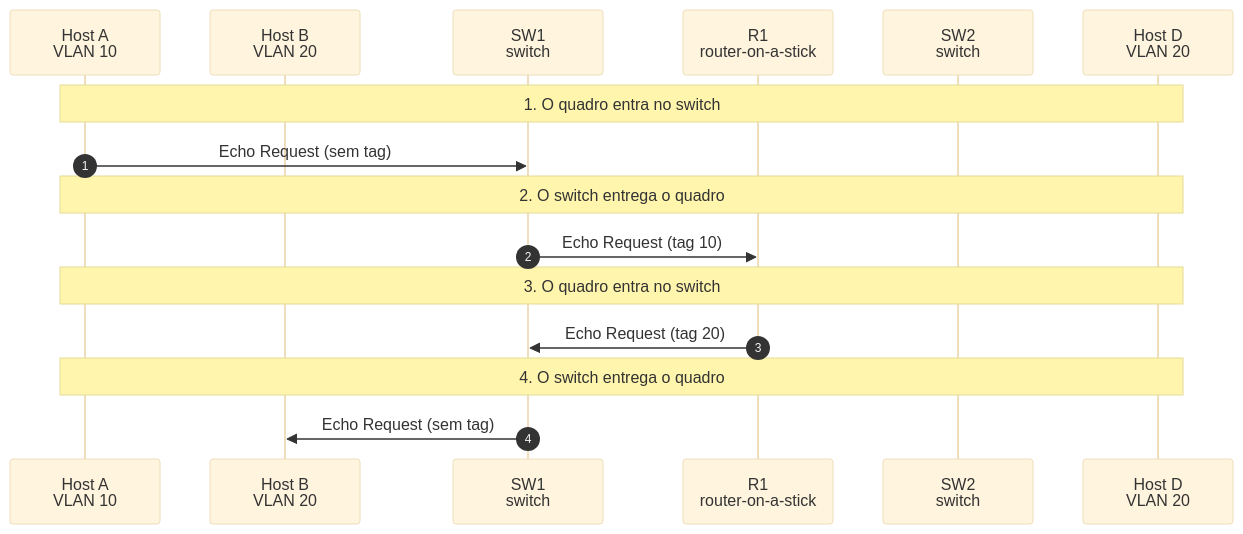
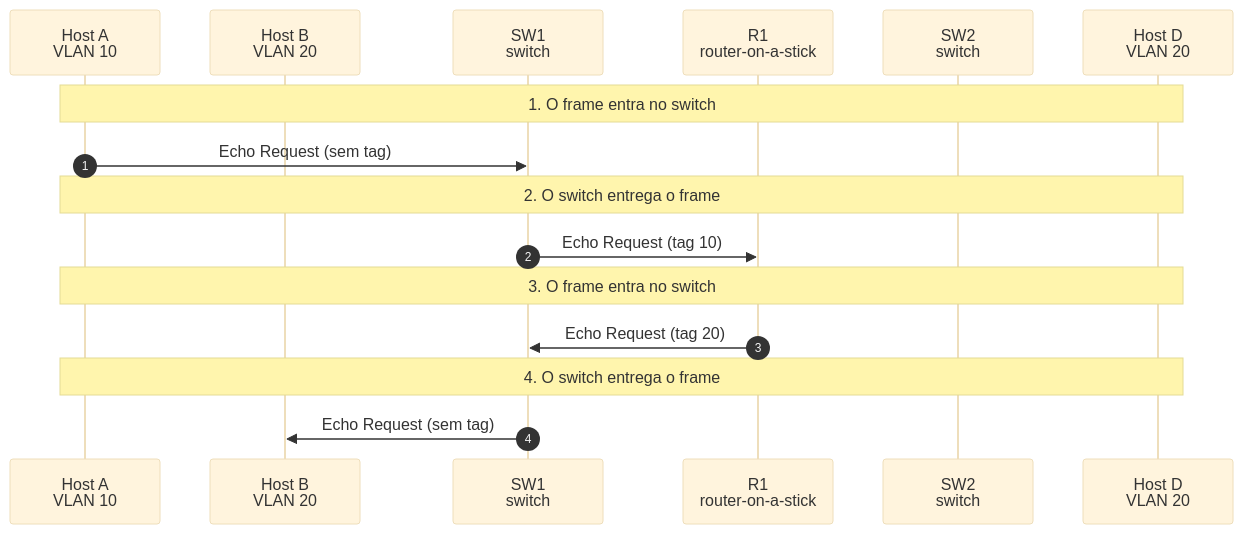
Before and after one commit to emanuel-bs/simul-net: diagram 19 of 29 in docs/simuladores/vlan.md, drawn with Mermaid (base theme). The commit also changed other lines of this file and 96 other files, not shown here.

````diff
--- a/docs/simuladores/vlan.md
+++ b/docs/simuladores/vlan.md
@@ -673,18 +673,18 @@
 ```mermaid
 sequenceDiagram
   autonumber
   participant n_a as Host A<br/>VLAN 10
   participant n_b as Host B<br/>VLAN 20
   participant n_sw1 as SW1<br/>switch
   participant n_r1 as R1<br/>router-on-a-stick
   participant n_sw2 as SW2<br/>switch
   participant n_d as Host D<br/>VLAN 20
-  Note over n_a,n_d: 1. O quadro entra no switch
+  Note over n_a,n_d: 1. O frame entra no switch
   n_a ->> n_sw1: Echo Request (sem tag)
-  Note over n_a,n_d: 2. O switch entrega o quadro
+  Note over n_a,n_d: 2. O switch entrega o frame
   n_sw1 ->> n_r1: Echo Request (tag 10)
-  Note over n_a,n_d: 3. O quadro entra no switch
+  Note over n_a,n_d: 3. O frame entra no switch
   n_r1 ->> n_sw1: Echo Request (tag 20)
-  Note over n_a,n_d: 4. O switch entrega o quadro
+  Note over n_a,n_d: 4. O switch entrega o frame
   n_sw1 ->> n_b: Echo Request (sem tag)
 ```
````
